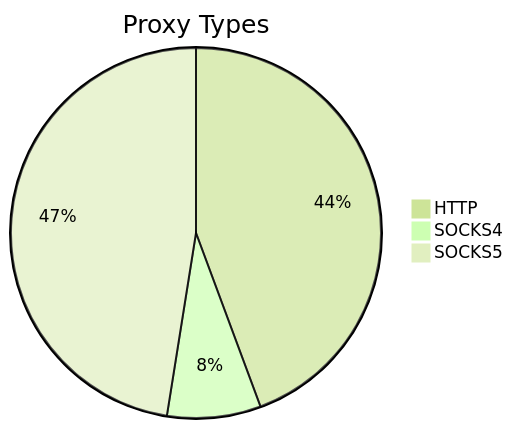
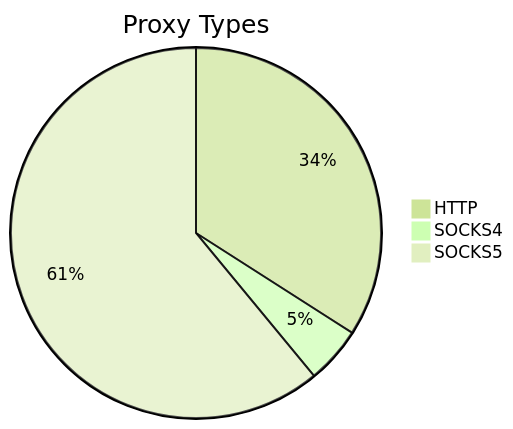
One commit to stormsia/proxy-list changed the first of 2 diagrams in README.md. Above: the diagram before and after it, drawn with Mermaid (forest theme). The commit also changed other lines of this file, not shown here.

````diff
--- a/README.md
+++ b/README.md
@@ -21,6 +21,6 @@
 ```mermaid
 pie title Proxy Types
-    "HTTP" : 141
-    "SOCKS4" : 26
-    "SOCKS5" : 151
+    "HTTP" : 110
+    "SOCKS4" : 16
+    "SOCKS5" : 197
 ```
````
